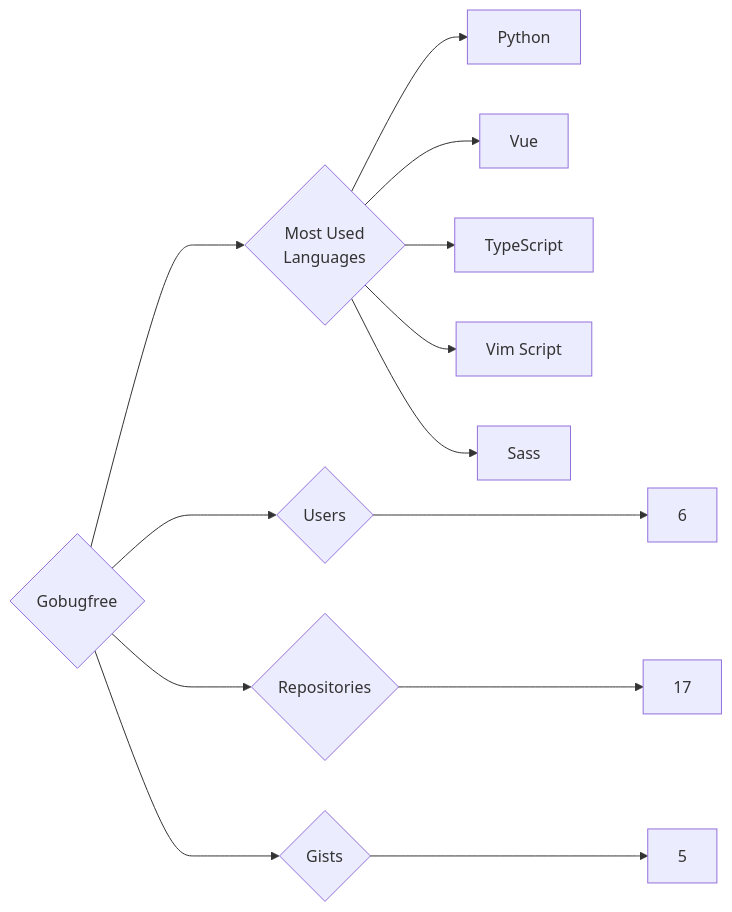
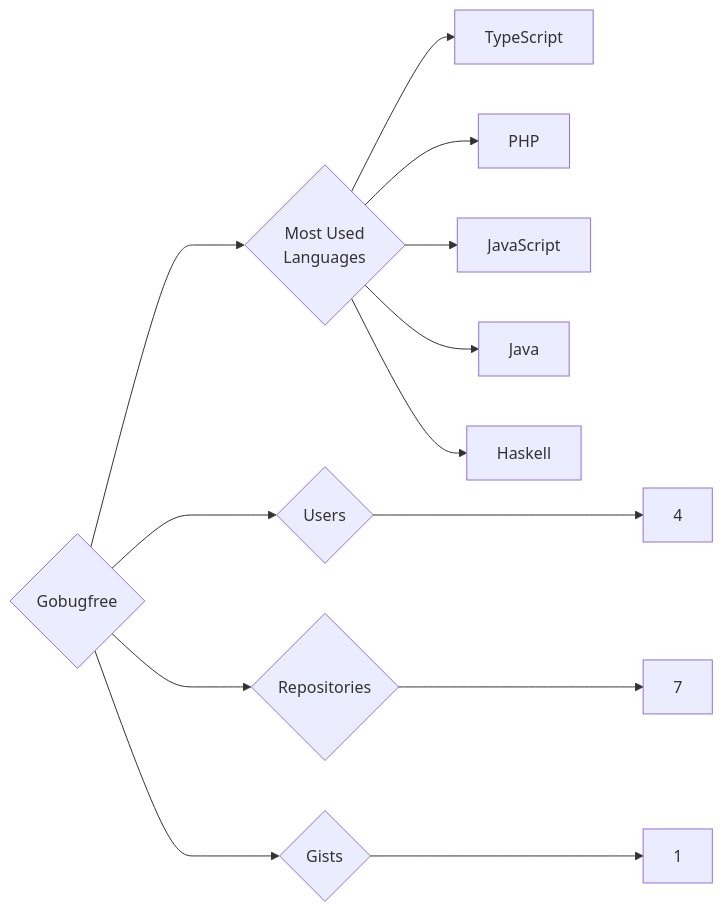
The diagram in targets/Gobugfree/README.md (trickest/insiders), drawn with Mermaid before and after one commit. The commit also changed 1148 other files, not shown here.

````diff
--- a/targets/Gobugfree/README.md
+++ b/targets/Gobugfree/README.md
@@ -3,13 +3,13 @@
 ```mermaid
 graph LR
 COMPANY_NAME{Gobugfree}
-COMPANY_NAME ---> U{Users} ---> UN[6]
-COMPANY_NAME ---> R{Repositories} ---> RN[17]
-COMPANY_NAME ---> G{Gists} ---> GN[5]
+COMPANY_NAME ---> U{Users} ---> UN[4]
+COMPANY_NAME ---> R{Repositories} ---> RN[7]
+COMPANY_NAME ---> G{Gists} ---> GN[1]
 COMPANY_NAME ---> ML{Most Used<br>Languages}
-ML --> Python[Python]
-ML --> Vue[Vue]
 ML --> TypeScript[TypeScript]
-ML --> Vim_Script[Vim Script]
-ML --> Sass[Sass]
+ML --> PHP[PHP]
+ML --> JavaScript[JavaScript]
+ML --> Java[Java]
+ML --> Haskell[Haskell]
 ```
````
